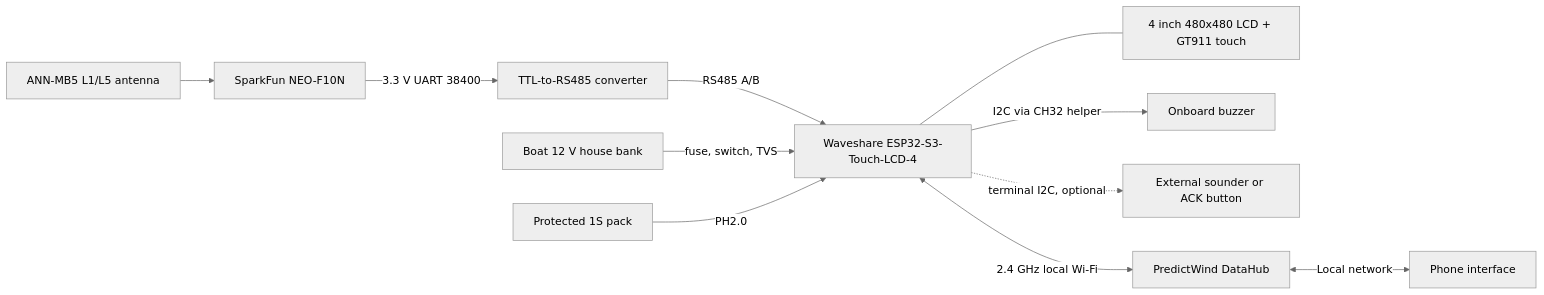
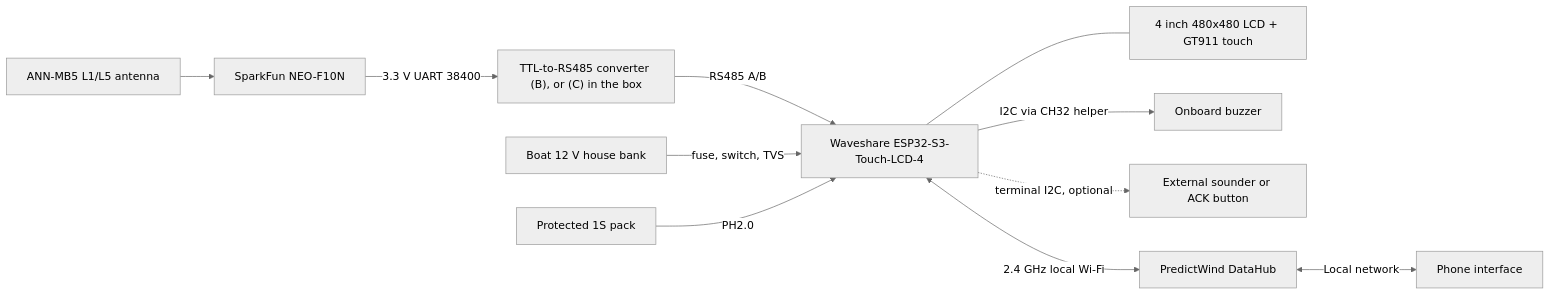
One commit to frye/moorpheus changed the first of 2 diagrams in docs/esp32_s3_touch_lcd_4_anchor_alarm_build_guide.md. Above: the diagram before and after it, drawn with Mermaid (neutral theme). The commit also changed other lines of this file and 4 other files, not shown here.

First line of the commit message:
Add Waveshare TTL TO RS485 (C) as an in-box converter option

````diff
--- a/docs/esp32_s3_touch_lcd_4_anchor_alarm_build_guide.md
+++ b/docs/esp32_s3_touch_lcd_4_anchor_alarm_build_guide.md
@@ -53,13 +53,13 @@
 ```mermaid
 flowchart LR
     ANT["ANN-MB5 L1/L5 antenna"] --> GNSS["SparkFun NEO-F10N"]
-    GNSS -->|"3.3 V UART 38400"| CONV["TTL-to-RS485 converter"]
+    GNSS -->|"3.3 V UART 38400"| CONV["TTL-to-RS485 converter (B), or (C) in the box"]
     CONV -->|"RS485 A/B"| BOARD["Waveshare ESP32-S3-Touch-LCD-4"]
     BOARD --- LCD["4 inch 480x480 LCD + GT911 touch"]
     BOARD -->|"I2C via CH32 helper"| BUZ["Onboard buzzer"]
     BOARD -.->|"terminal I2C, optional"| EXT["External sounder or ACK button"]
     BOAT["Boat 12 V house bank"] -->|"fuse, switch, TVS"| BOARD
     BAT["Protected 1S pack"] -->|"PH2.0"| BOARD
     BOARD <-->|"2.4 GHz local Wi-Fi"| HUB["PredictWind DataHub"]
     HUB <-->|"Local network"| PHONE["Phone interface"]
 ```
````
